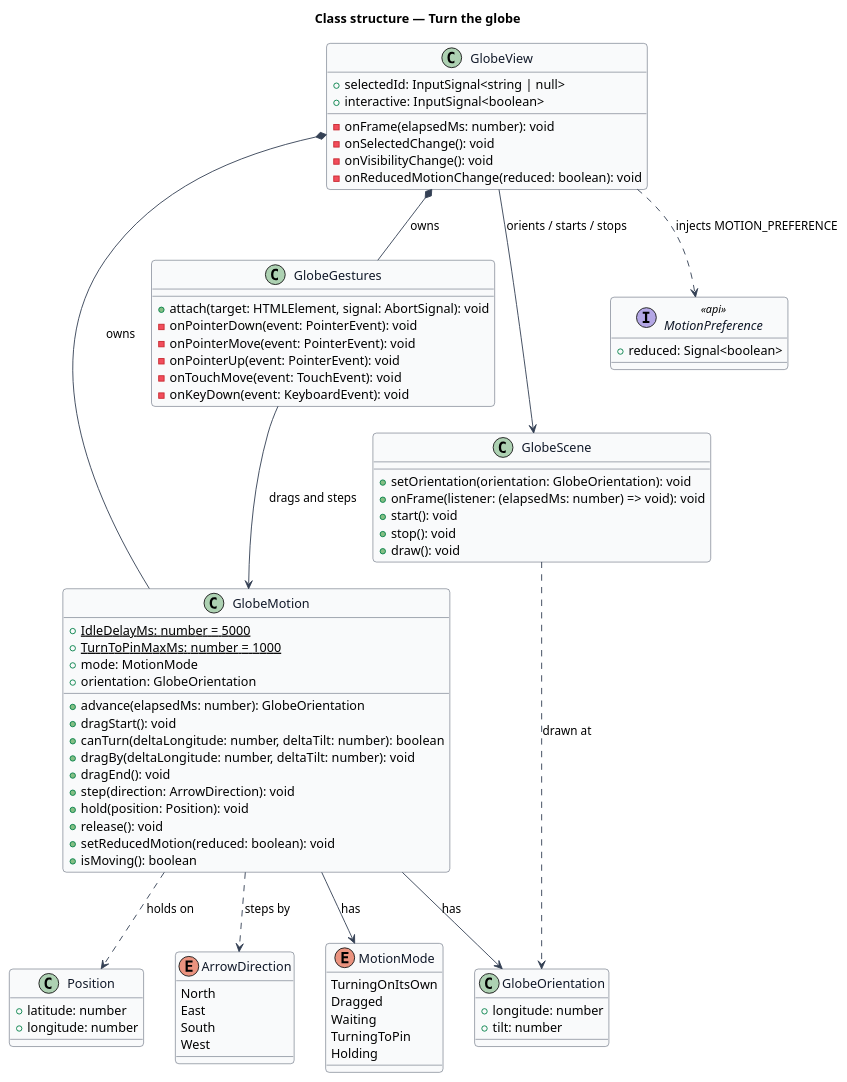
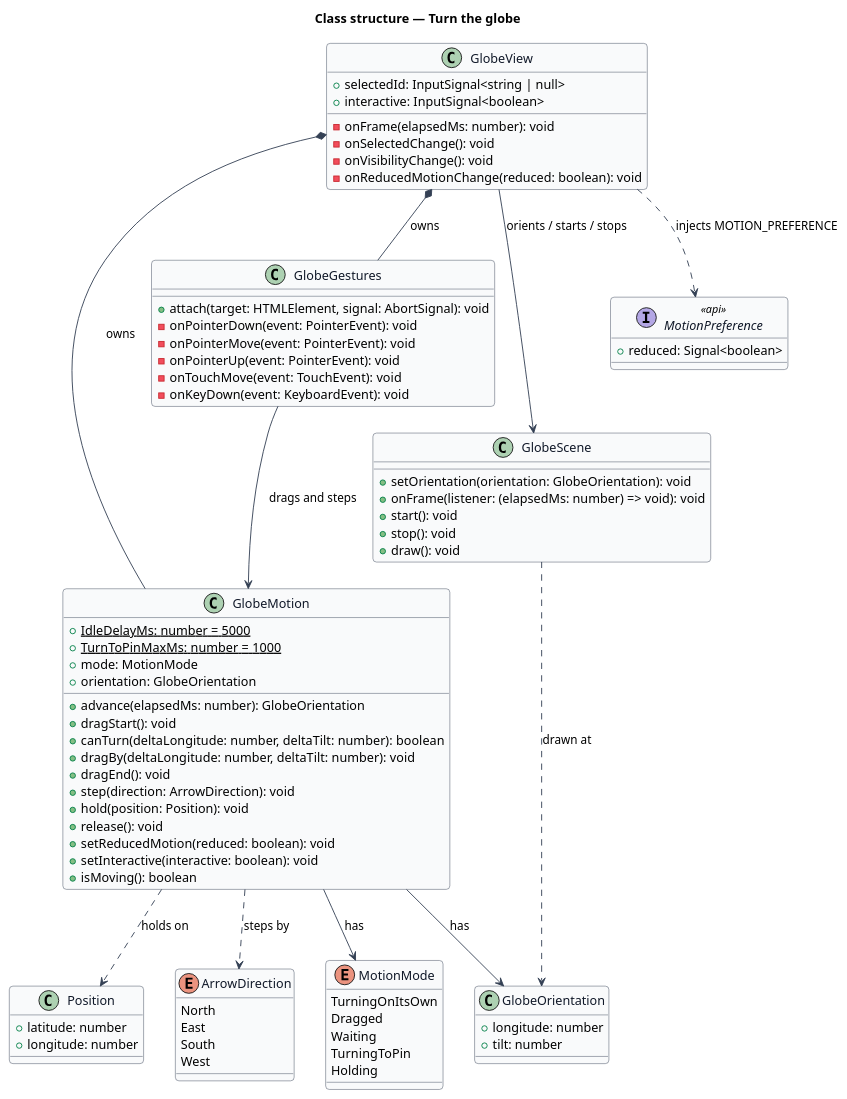
The diagram in docs/detailed-designs/globe/turn-globe/diagrams/class-structure.puml (QuinntyneBrown/Mondino), drawn with PlantUML before and after one commit. The commit also changed 2 other files, not shown here.

```diff
--- a/docs/detailed-designs/globe/turn-globe/diagrams/class-structure.puml
+++ b/docs/detailed-designs/globe/turn-globe/diagrams/class-structure.puml
@@ -1,96 +1,97 @@
 @startuml
 skinparam backgroundColor #FFFFFF
 skinparam shadowing false
 skinparam roundcorner 8
 skinparam defaultFontName Arial
 skinparam ArrowColor #344054
 skinparam class {
   BorderColor #344054
   FontColor #101828
   BackgroundColor #F9FAFB
 }
 title Class structure — Turn the globe
 
 enum MotionMode {
   TurningOnItsOwn
   Dragged
   Waiting
   TurningToPin
   Holding
 }
 
 enum ArrowDirection {
   North
   East
   South
   West
 }
 
 class GlobeOrientation {
   +longitude: number
   +tilt: number
 }
 
 class GlobeMotion {
   {static} +IdleDelayMs: number = 5000
   {static} +TurnToPinMaxMs: number = 1000
   +mode: MotionMode
   +orientation: GlobeOrientation
   +advance(elapsedMs: number): GlobeOrientation
   +dragStart(): void
   +canTurn(deltaLongitude: number, deltaTilt: number): boolean
   +dragBy(deltaLongitude: number, deltaTilt: number): void
   +dragEnd(): void
   +step(direction: ArrowDirection): void
   +hold(position: Position): void
   +release(): void
   +setReducedMotion(reduced: boolean): void
+  +setInteractive(interactive: boolean): void
   +isMoving(): boolean
 }
 
 class GlobeGestures {
   +attach(target: HTMLElement, signal: AbortSignal): void
   -onPointerDown(event: PointerEvent): void
   -onPointerMove(event: PointerEvent): void
   -onPointerUp(event: PointerEvent): void
   -onTouchMove(event: TouchEvent): void
   -onKeyDown(event: KeyboardEvent): void
 }
 
 class GlobeView {
   +selectedId: InputSignal<string | null>
   +interactive: InputSignal<boolean>
   -onFrame(elapsedMs: number): void
   -onSelectedChange(): void
   -onVisibilityChange(): void
   -onReducedMotionChange(reduced: boolean): void
 }
 
 class GlobeScene {
   +setOrientation(orientation: GlobeOrientation): void
   +onFrame(listener: (elapsedMs: number) => void): void
   +start(): void
   +stop(): void
   +draw(): void
 }
 
 interface MotionPreference <<api>> {
   +reduced: Signal<boolean>
 }
 
 class Position {
   +latitude: number
   +longitude: number
 }
 
 GlobeView *-- GlobeMotion : owns
 GlobeView *-- GlobeGestures : owns
 GlobeView --> GlobeScene : orients / starts / stops
 GlobeGestures --> GlobeMotion : drags and steps
 GlobeMotion --> MotionMode : has
 GlobeMotion --> GlobeOrientation : has
 GlobeMotion ..> ArrowDirection : steps by
 GlobeMotion ..> Position : holds on
 GlobeScene ..> GlobeOrientation : drawn at
 GlobeView ..> MotionPreference : injects MOTION_PREFERENCE
 @enduml
```
